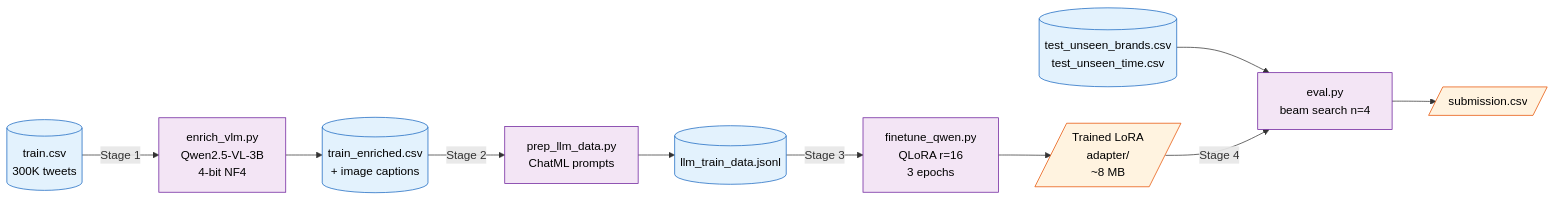
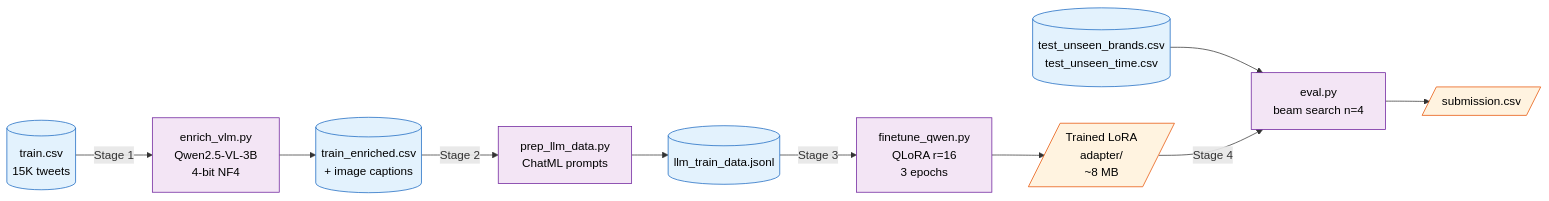
One commit to havish-coder/Tweet_analyzer changed the diagram in Task-2/README.md. Above: the diagram before and after it, drawn with Mermaid. The commit also changed other lines of this file and 2 other files, not shown here.

````diff
--- a/Task-2/README.md
+++ b/Task-2/README.md
@@ -80,23 +80,23 @@
 ```mermaid
 flowchart LR
-    A[(train.csv<br/>300K tweets)] -->|"Stage 1"| B[enrich_vlm.py<br/>Qwen2.5-VL-3B<br/>4-bit NF4]
+    A[(train.csv<br/>15K tweets)] -->|"Stage 1"| B[enrich_vlm.py<br/>Qwen2.5-VL-3B<br/>4-bit NF4]
     B --> C[(train_enriched.csv<br/>+ image captions)]
     C -->|"Stage 2"| D[prep_llm_data.py<br/>ChatML prompts]
     D --> E[(llm_train_data.jsonl)]
     E -->|"Stage 3"| F[finetune_qwen.py<br/>QLoRA r=16<br/>3 epochs]
     F --> G[/Trained LoRA<br/>adapter/<br/>~8 MB/]
     H[(test_unseen_brands.csv<br/>test_unseen_time.csv)] --> I
     G -->|"Stage 4"| I[eval.py<br/>beam search n=4]
     I --> J[/submission.csv/]
 
     style A fill:#e3f2fd,stroke:#1565c0,color:#000
     style C fill:#e3f2fd,stroke:#1565c0,color:#000
     style E fill:#e3f2fd,stroke:#1565c0,color:#000
     style H fill:#e3f2fd,stroke:#1565c0,color:#000
     style G fill:#fff3e0,stroke:#e65100,color:#000
     style J fill:#fff3e0,stroke:#e65100,color:#000
     style B fill:#f3e5f5,stroke:#6a1b9a,color:#000
     style D fill:#f3e5f5,stroke:#6a1b9a,color:#000
     style F fill:#f3e5f5,stroke:#6a1b9a,color:#000
     style I fill:#f3e5f5,stroke:#6a1b9a,color:#000
 ```
````
